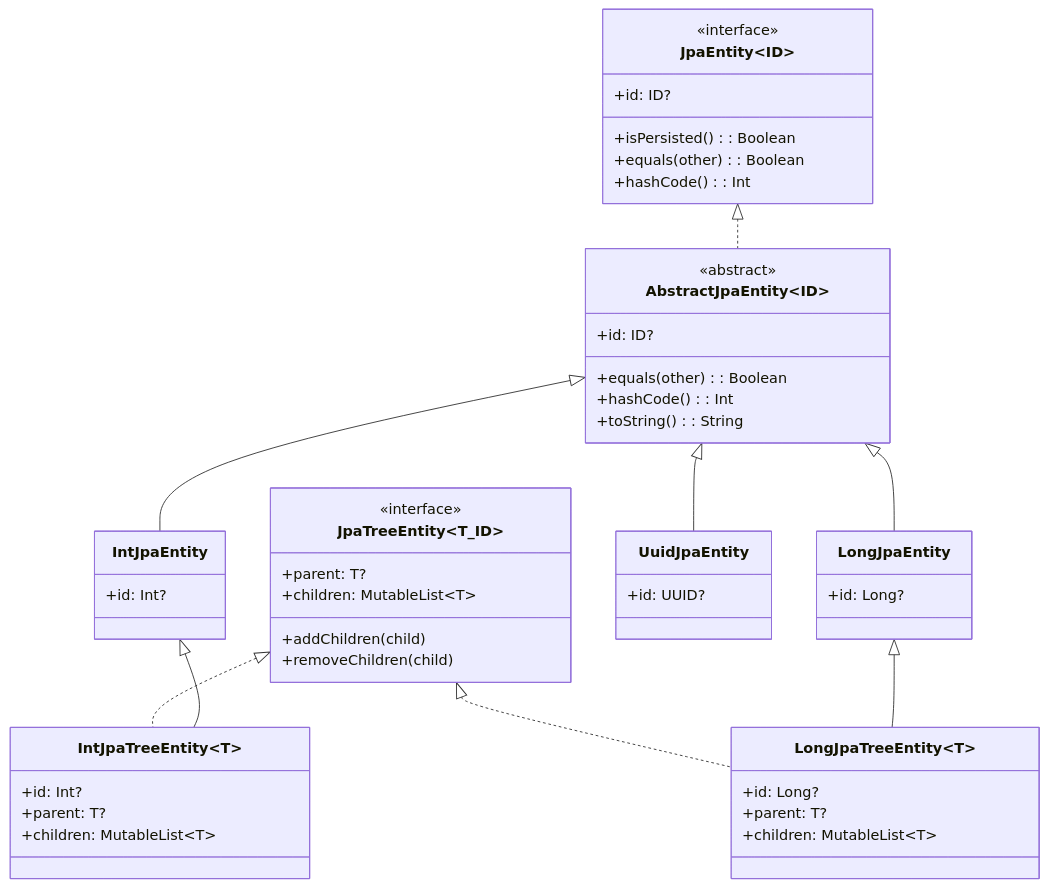
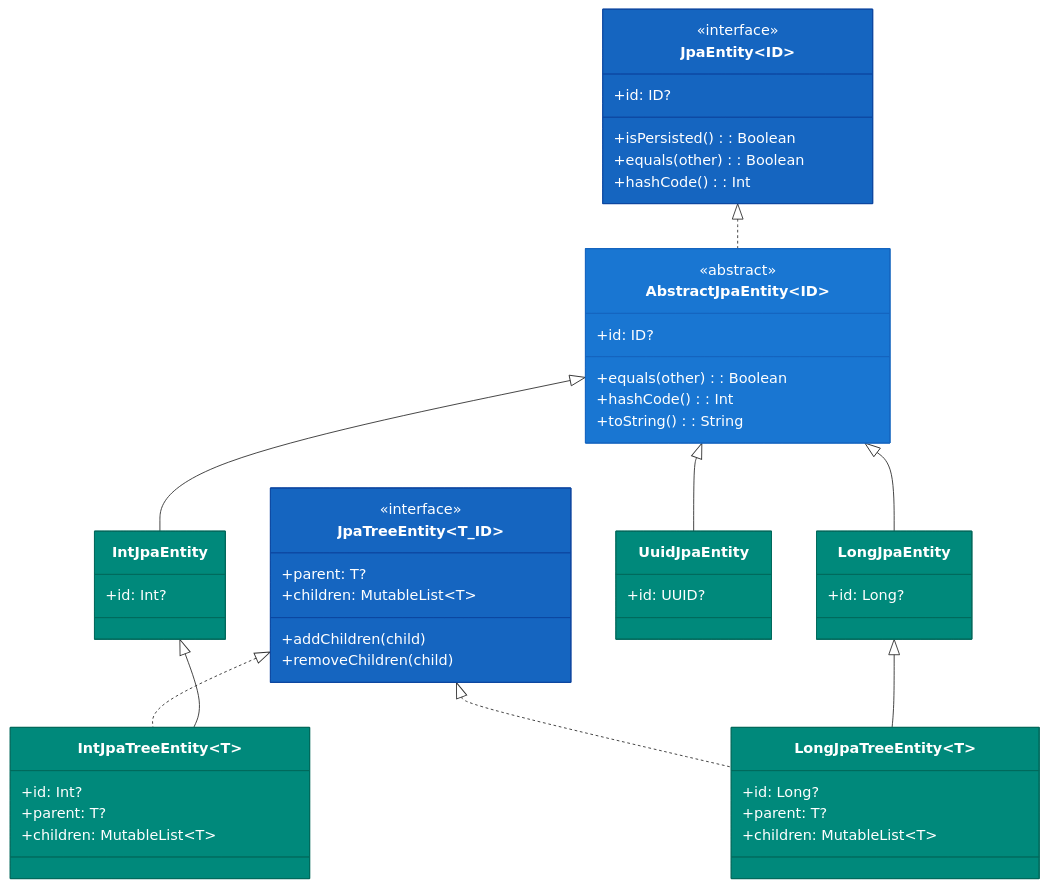
Before and after one commit to bluetape4k/bluetape4k-projects: the second of 3 diagrams in data/hibernate/README.md, drawn with Mermaid. The commit also changed other lines of this file and 221 other files, not shown here.

First line of the commit message:
docs: 전체 모듈 README UML 다이어그램 보강 및 색상 업그레이드

````diff
--- a/data/hibernate/README.md
+++ b/data/hibernate/README.md
@@ -543,52 +545,61 @@
 ```mermaid
 classDiagram
     class JpaEntity~ID~ {
         <<interface>>
         +id: ID?
         +isPersisted(): Boolean
         +equals(other): Boolean
         +hashCode(): Int
     }
     class AbstractJpaEntity~ID~ {
         <<abstract>>
         +id: ID?
         +equals(other): Boolean
         +hashCode(): Int
         +toString(): String
     }
     class IntJpaEntity {
         +id: Int?
     }
     class LongJpaEntity {
         +id: Long?
     }
     class UuidJpaEntity {
         +id: UUID?
     }
     class JpaTreeEntity~T_ID~ {
         <<interface>>
         +parent: T?
         +children: MutableList~T~
         +addChildren(child)
         +removeChildren(child)
     }
     class LongJpaTreeEntity~T~ {
         +id: Long?
         +parent: T?
         +children: MutableList~T~
     }
     class IntJpaTreeEntity~T~ {
         +id: Int?
         +parent: T?
         +children: MutableList~T~
     }
 
     JpaEntity <|.. AbstractJpaEntity
     AbstractJpaEntity <|-- IntJpaEntity
     AbstractJpaEntity <|-- LongJpaEntity
     AbstractJpaEntity <|-- UuidJpaEntity
     JpaTreeEntity <|.. LongJpaTreeEntity
     JpaTreeEntity <|.. IntJpaTreeEntity
     LongJpaEntity <|-- LongJpaTreeEntity
     IntJpaEntity <|-- IntJpaTreeEntity
+
+    style JpaEntity fill:#1565C0,stroke:#0D47A1,color:#FFFFFF
+    style AbstractJpaEntity fill:#1976D2,stroke:#1565C0,color:#FFFFFF
+    style IntJpaEntity fill:#00897B,stroke:#00695C,color:#FFFFFF
+    style LongJpaEntity fill:#00897B,stroke:#00695C,color:#FFFFFF
+    style UuidJpaEntity fill:#00897B,stroke:#00695C,color:#FFFFFF
+    style JpaTreeEntity fill:#1565C0,stroke:#0D47A1,color:#FFFFFF
+    style LongJpaTreeEntity fill:#00897B,stroke:#00695C,color:#FFFFFF
+    style IntJpaTreeEntity fill:#00897B,stroke:#00695C,color:#FFFFFF
 ```
````
